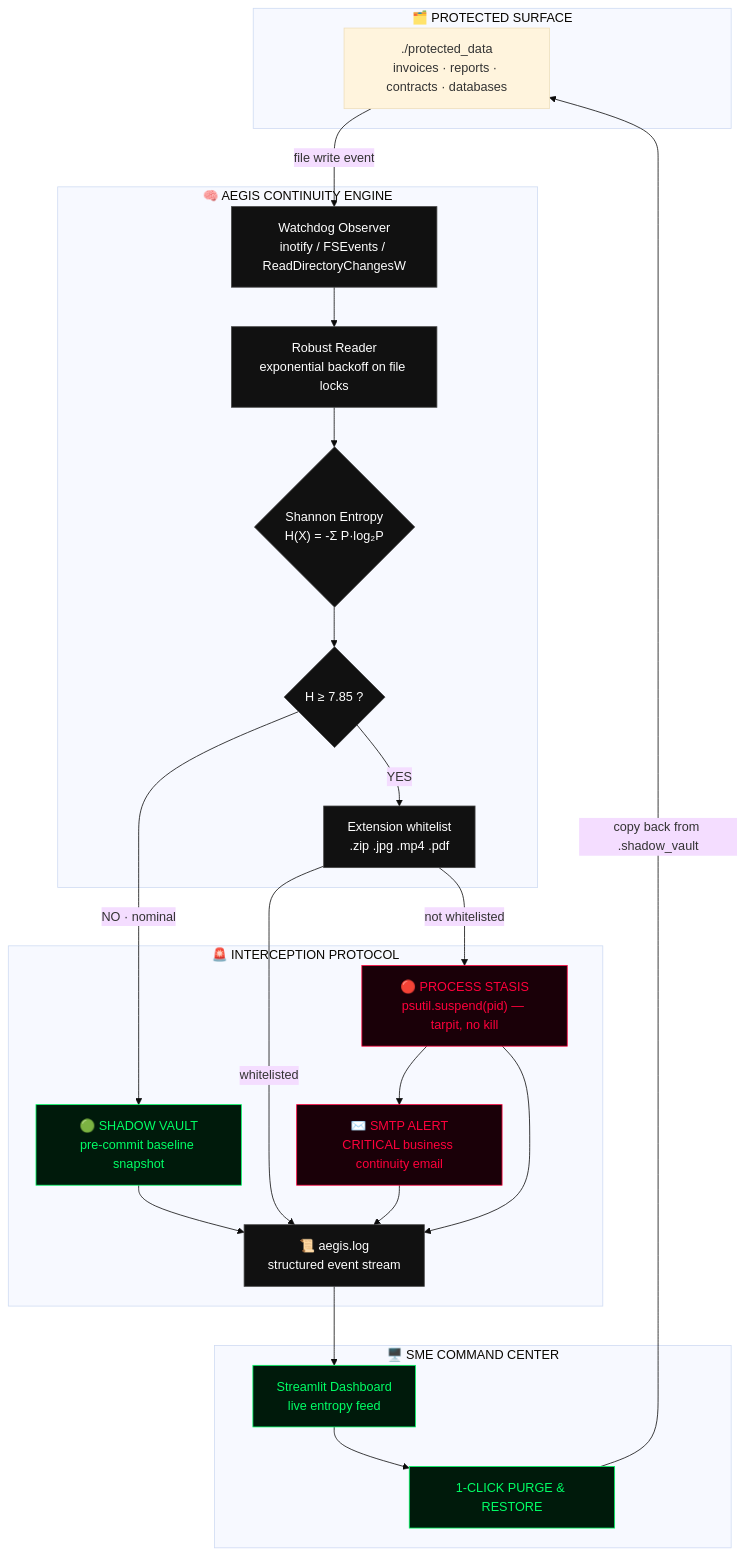
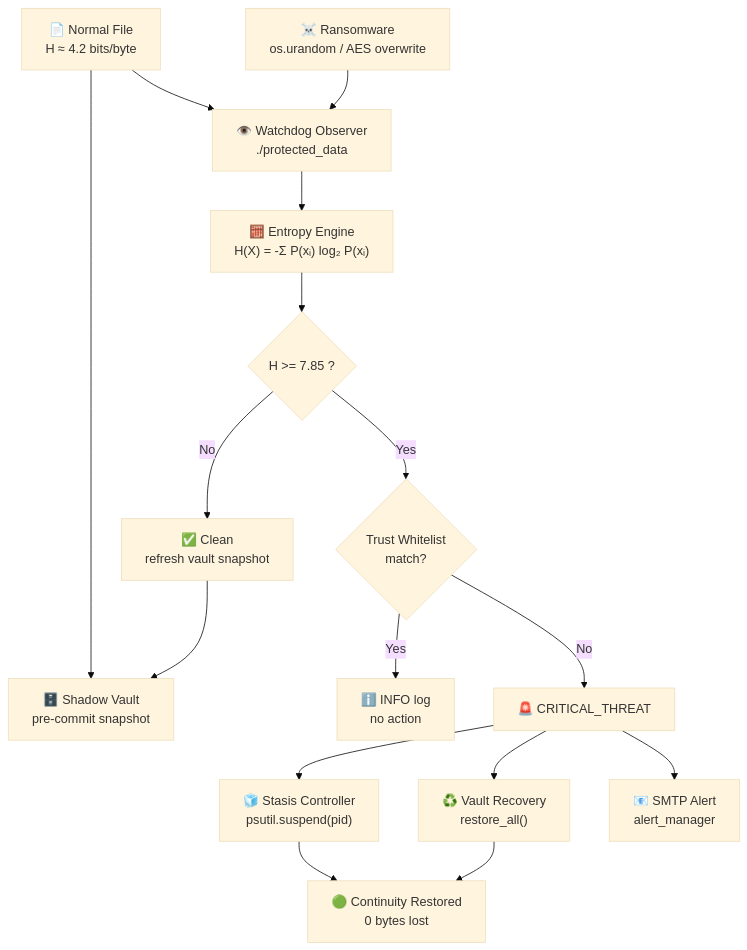
Before and after one commit to vignesh06-OG/aegis-guard: the first of 2 diagrams in Project_Aegis/README.md, drawn with Mermaid (base theme). The commit also changed other lines of this file, not shown here.

````diff
--- a/Project_Aegis/README.md
+++ b/Project_Aegis/README.md
@@ -83,46 +69,18 @@
 ```mermaid
 flowchart TD
-    subgraph DISK["🗂️  PROTECTED SURFACE"]
-        A["./protected_data<br/>invoices · reports · contracts · databases"]
-    end
-
-    subgraph ENGINE["🧠  AEGIS CONTINUITY ENGINE"]
-        B["Watchdog Observer<br/>inotify / FSEvents / ReadDirectoryChangesW"]
-        C["Robust Reader<br/>exponential backoff on file locks"]
-        D{"Shannon Entropy<br/>H(X) = -Σ P·log₂P"}
-        E{"H ≥ 7.85 ?"}
-        W["Extension whitelist<br/>.zip .jpg .mp4 .pdf"]
-    end
-
-    subgraph RESPONSE["🚨  INTERCEPTION PROTOCOL"]
-        F["🟢 SHADOW VAULT<br/>pre-commit baseline snapshot"]
-        G["🔴 PROCESS STASIS<br/>psutil.suspend(pid) — tarpit, no kill"]
-        H["✉️ SMTP ALERT<br/>CRITICAL business continuity email"]
-        I["📜 aegis.log<br/>structured event stream"]
-    end
-
-    subgraph UI["🖥️  SME COMMAND CENTER"]
-        J["Streamlit Dashboard<br/>live entropy feed"]
-        K["1-CLICK PURGE & RESTORE"]
-    end
-
-    A -->|"file write event"| B --> C --> D --> E
-    E -->|"NO · nominal"| F
-    E -->|"YES"| W
-    W -->|"whitelisted"| I
-    W -->|"not whitelisted"| G
-    G --> H
-    F --> I
-    G --> I
-    H --> I
-    I --> J
-    J --> K
-    K -->|"copy back from .shadow_vault"| A
-
-    classDef safe fill:#001a0b,stroke:#00ff66,color:#00ff66
-    classDef bad  fill:#1a0008,stroke:#ff003c,color:#ff003c
-    classDef core fill:#111111,stroke:#444444,color:#ffffff
-    class F,J,K safe
-    class G,H bad
-    class B,C,D,E,W,I core
+    A["📄 Normal File<br/>H ≈ 4.2 bits/byte"] --> B["🗄️ Shadow Vault<br/>pre-commit snapshot"]
+    A --> C["👁️ Watchdog Observer<br/>./protected_data"]
+    D["☠️ Ransomware<br/>os.urandom / AES overwrite"] --> C
+    C --> E["🧮 Entropy Engine<br/>H(X) = -Σ P(xᵢ) log₂ P(xᵢ)"]
+    E --> F{"H >= 7.85 ?"}
+    F -- "No" --> G["✅ Clean<br/>refresh vault snapshot"]
+    G --> B
+    F -- "Yes" --> H{"Trust Whitelist<br/>match?"}
+    H -- "Yes" --> I["ℹ️ INFO log<br/>no action"]
+    H -- "No" --> J["🚨 CRITICAL_THREAT"]
+    J --> K["🧊 Stasis Controller<br/>psutil.suspend(pid)"]
+    J --> L["♻️ Vault Recovery<br/>restore_all()"]
+    J --> M["📧 SMTP Alert<br/>alert_manager"]
+    K --> N["🟢 Continuity Restored<br/>0 bytes lost"]
+    L --> N
 ```
````
